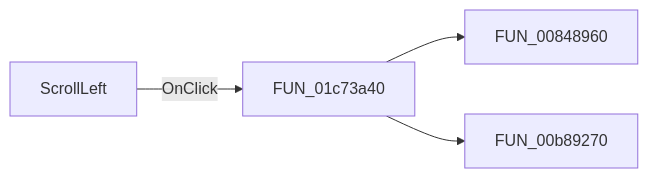
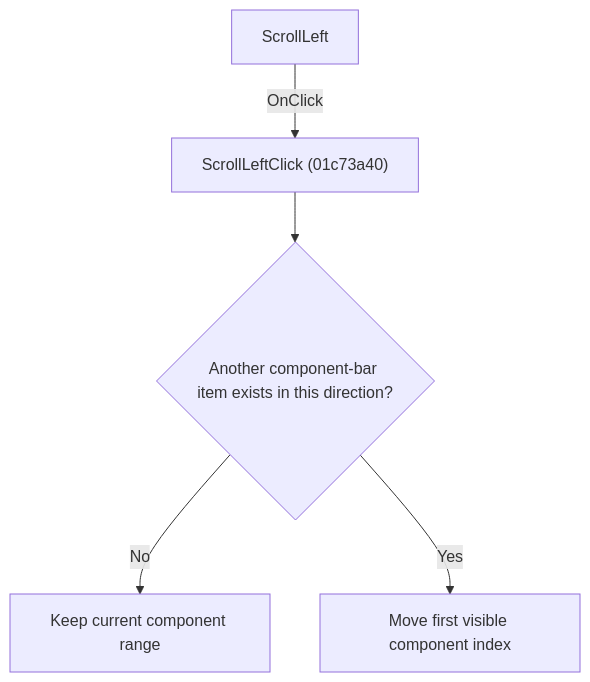
One commit to MovGP0/TIARA changed the diagram in docs/ui-controls/schematiceditor/scrollleft-5a811fd983.md. Above: the diagram before and after it, drawn with Mermaid. The commit also changed other lines of this file and 1062 other files, not shown here.

````diff
--- a/docs/ui-controls/schematiceditor/scrollleft-5a811fd983.md
+++ b/docs/ui-controls/schematiceditor/scrollleft-5a811fd983.md
@@ -27,6 +27,7 @@
 ```mermaid
-flowchart LR
-    control["ScrollLeft"] -->|OnClick| handler["FUN_01c73a40"]
-    handler --> call1["FUN_00848960"]
-    handler --> call2["FUN_00b89270"]
+flowchart TD
+    control["ScrollLeft"] -->|"OnClick"| handler["ScrollLeftClick (01c73a40)"]
+    handler --> guard{"Another component-bar item exists in this direction?"}
+    guard -->|"No"| noChange["Keep current component range"]
+    guard -->|"Yes"| action["Move first visible component index"]
 ```
````
